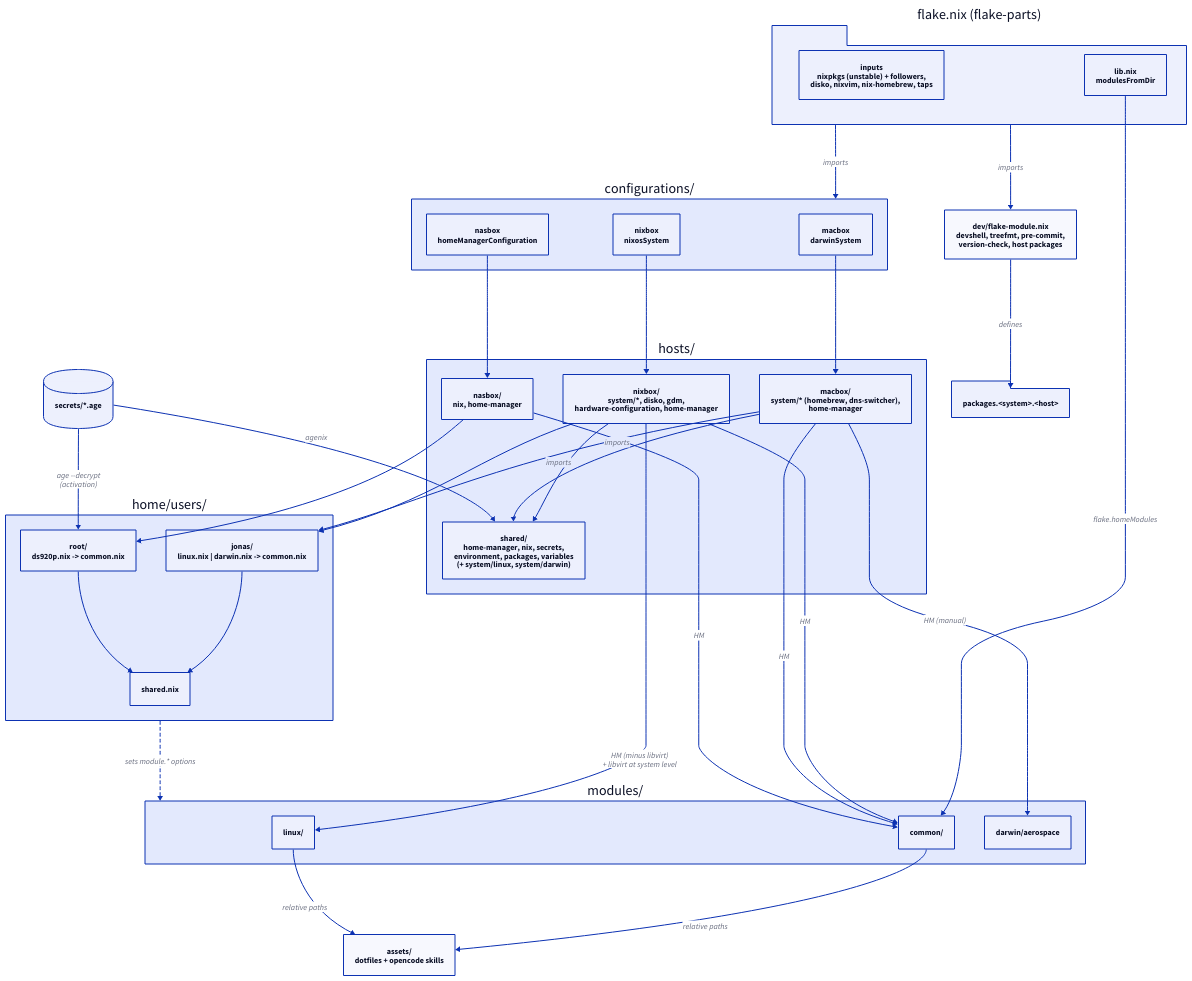
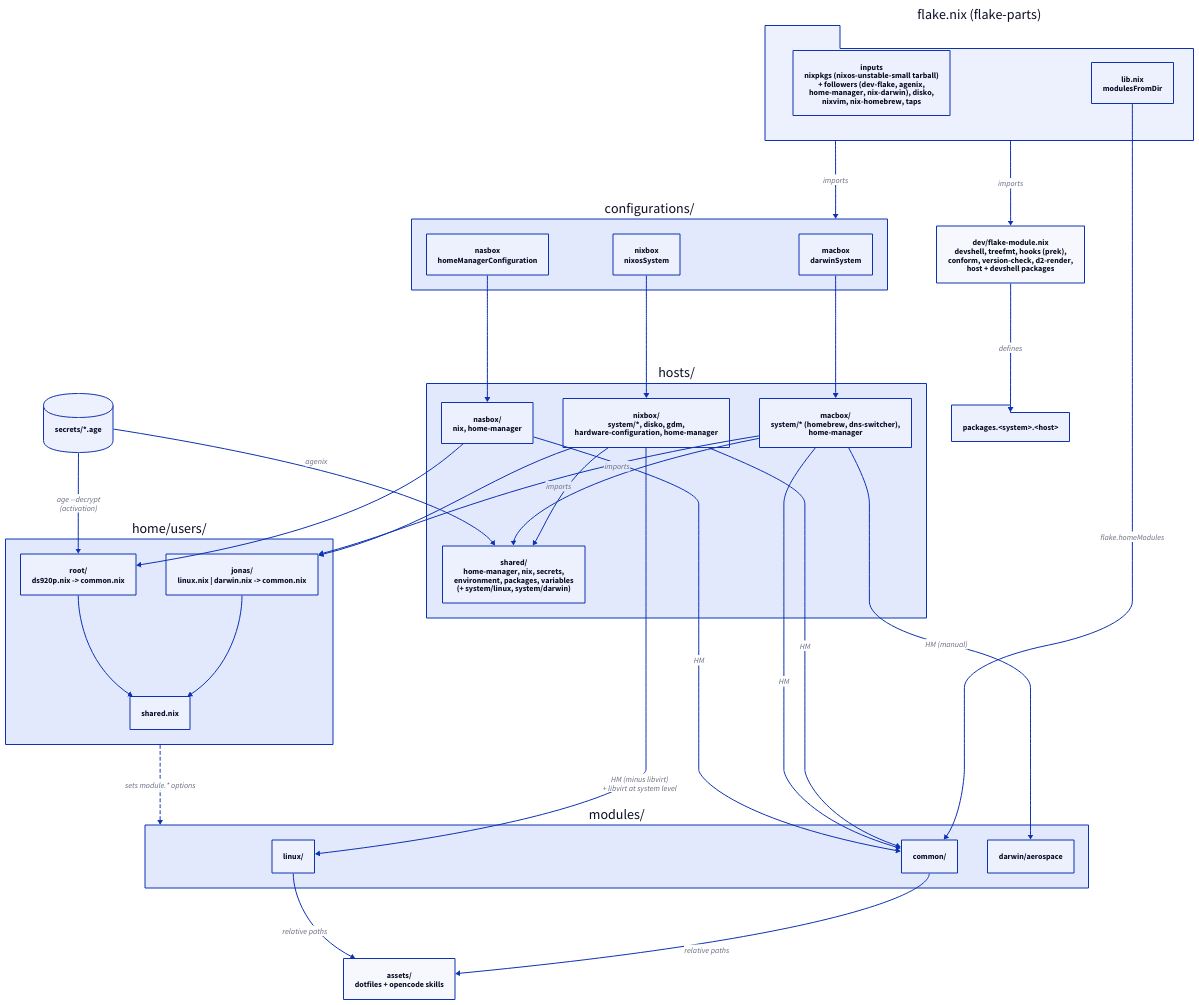
One commit to eana/nix-config changed the diagram in wiki/diagrams/architecture.d2. Above: the diagram before and after it, drawn with D2. The commit also changed 11 other files, not shown here.

First line of the commit message:
docs: refresh architecture wiki

```diff
--- a/wiki/diagrams/architecture.d2
+++ b/wiki/diagrams/architecture.d2
@@ -1,71 +1,71 @@
 direction: down
 
 flake: "flake.nix (flake-parts)" {
   shape: package
   lib: "lib.nix\nmodulesFromDir"
-  inputs: "inputs\nnixpkgs (unstable) + followers,\ndisko, nixvim, nix-homebrew, taps"
+  inputs: "inputs\nnixpkgs (nixos-unstable-small tarball)\n+ followers (dev-flake, agenix,\nhome-manager, nix-darwin), disko,\nnixvim, nix-homebrew, taps"
 }
 
-dev: "dev/flake-module.nix\ndevshell, treefmt, pre-commit,\nversion-check, host packages"
+dev: "dev/flake-module.nix\ndevshell, treefmt, hooks (prek),\nconform, version-check, d2-render,\nhost + devshell packages"
 
 configurations: "configurations/" {
   cfg_nixbox: "nixbox\nnixosSystem"
   cfg_macbox: "macbox\ndarwinSystem"
   cfg_nasbox: "nasbox\nhomeManagerConfiguration"
 }
 
 hosts: "hosts/" {
   hosts_shared: "shared/\nhome-manager, nix, secrets,\nenvironment, packages, variables\n(+ system/linux, system/darwin)"
   host_nixbox: "nixbox/\nsystem/*, disko, gdm,\nhardware-configuration, home-manager"
   host_macbox: "macbox/\nsystem/* (homebrew, dns-switcher),\nhome-manager"
   host_nasbox: "nasbox/\nnix, home-manager"
 }
 
 home: "home/users/" {
   user_jonas: "jonas/\nlinux.nix | darwin.nix -> common.nix"
   user_root: "root/\nds920p.nix -> common.nix"
   user_shared: "shared.nix"
 }
 
 modules: "modules/" {
   mod_common: "common/"
   mod_linux: "linux/"
   mod_darwin: "darwin/aerospace"
 }
 
 assets: "assets/\ndotfiles + opencode skills"
 
 secrets: "secrets/*.age" {
   shape: cylinder
 }
 
 outputs: "packages.<system>.<host>" {
   shape: package
 }
 
 flake -> dev: "imports"
 flake -> configurations: "imports"
 flake.lib -> modules.mod_common: "flake.homeModules"
 dev -> outputs: "defines"
 configurations.cfg_nixbox -> hosts.host_nixbox
 configurations.cfg_macbox -> hosts.host_macbox
 configurations.cfg_nasbox -> hosts.host_nasbox
 hosts.host_nixbox -> hosts.hosts_shared: "imports"
 hosts.host_macbox -> hosts.hosts_shared: "imports"
 hosts.host_nixbox -> home.user_jonas
 hosts.host_macbox -> home.user_jonas
 hosts.host_nasbox -> home.user_root
 home.user_jonas -> home.user_shared
 home.user_root -> home.user_shared
 hosts.host_nixbox -> modules.mod_common: "HM"
 hosts.host_nixbox -> modules.mod_linux: "HM (minus libvirt)\n+ libvirt at system level"
 hosts.host_macbox -> modules.mod_common: "HM"
 hosts.host_macbox -> modules.mod_darwin: "HM (manual)"
 hosts.host_nasbox -> modules.mod_common: "HM"
 home -> modules: "sets module.* options" {
   style.stroke-dash: 3
 }
 modules.mod_common -> assets: "relative paths"
 modules.mod_linux -> assets: "relative paths"
 secrets -> hosts.hosts_shared: "agenix"
 secrets -> home.user_root: "age --decrypt\n(activation)"
```
